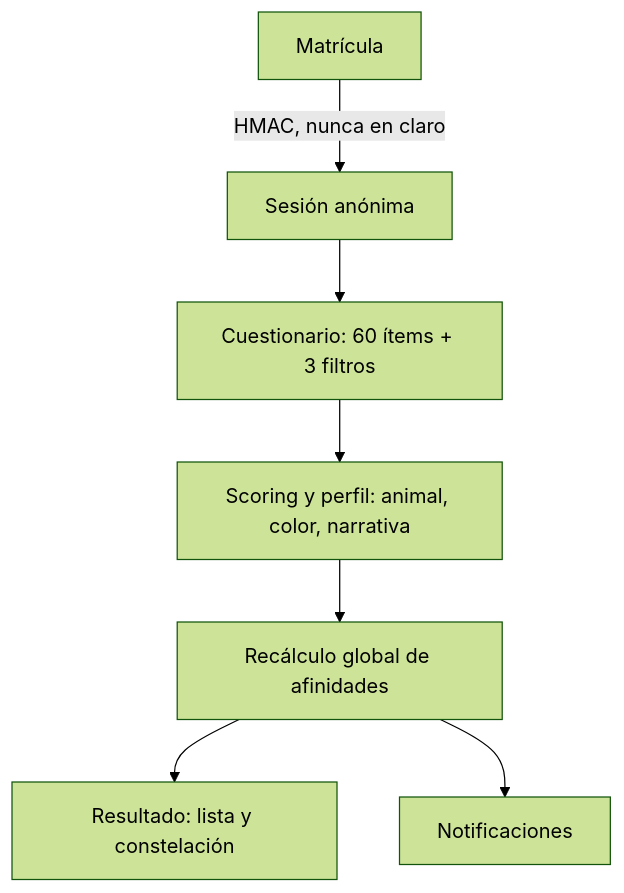
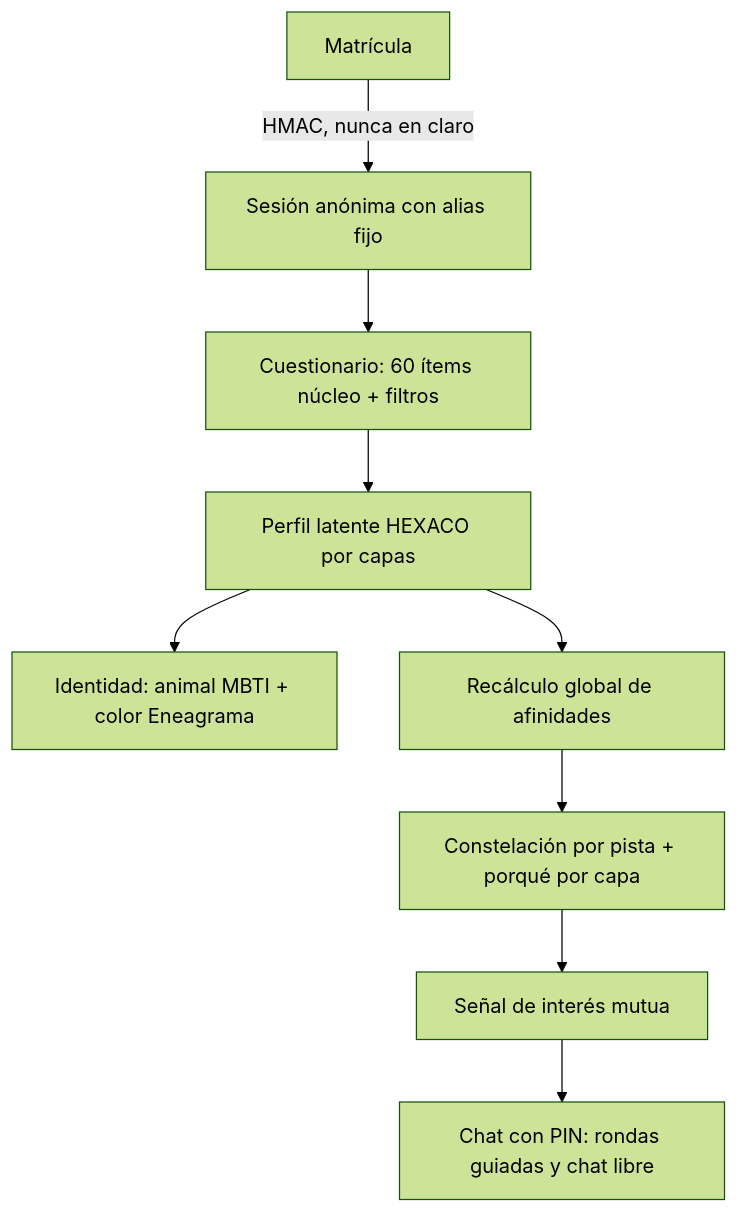
One commit to AmeliaDi/ProyectoENESZooMatch changed the diagram in README.md. Above: the diagram before and after it, drawn with Mermaid (forest theme). The commit also changed other lines of this file and 4 other files, not shown here.

````diff
--- a/README.md
+++ b/README.md
@@ -16,9 +22,11 @@
 ```mermaid
 graph TD
-  A[Matrícula] -->|HMAC, nunca en claro| B[Sesión anónima]
-  B --> C[Cuestionario: 60 ítems + 3 filtros]
-  C --> D[Scoring y perfil: animal, color, narrativa]
-  D --> E[Recálculo global de afinidades]
-  E --> F[Resultado: lista y constelación]
-  E --> G[Notificaciones]
+  A[Matrícula] -->|HMAC, nunca en claro| B[Sesión anónima con alias fijo]
+  B --> C[Cuestionario: 60 ítems núcleo + filtros]
+  C --> D[Perfil latente HEXACO por capas]
+  D --> E[Identidad: animal MBTI + color Eneagrama]
+  D --> F[Recálculo global de afinidades]
+  F --> G[Constelación por pista + porqué por capa]
+  G --> H[Señal de interés mutua]
+  H --> I[Chat con PIN: rondas guiadas y chat libre]
 ```
````
